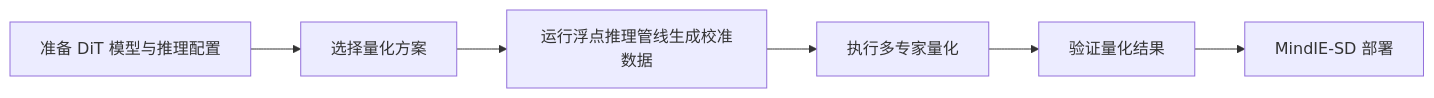
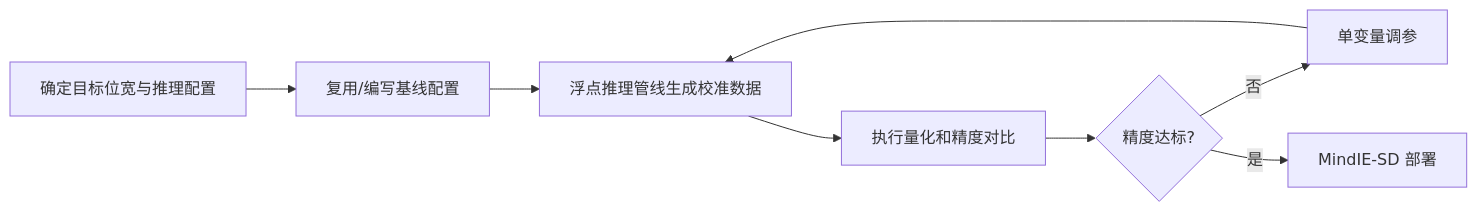
Before and after one commit to mindstudio-docs/master: the diagram in msmodelslim/docs/zh/knowledge_base/ptq/dit/usage_diffusion_transformer_quantization.md, drawn with Mermaid. The commit also changed other lines of this file and 107 other files, not shown here.

````diff
--- a/msmodelslim/docs/zh/knowledge_base/ptq/dit/usage_diffusion_transformer_quantization.md
+++ b/msmodelslim/docs/zh/knowledge_base/ptq/dit/usage_diffusion_transformer_quantization.md
@@ -39,8 +28,10 @@
 ```mermaid
 flowchart LR
-  A[准备 DiT 模型与推理配置] --> B[选择量化方案]
-  B --> C[运行浮点推理管线生成校准数据]
-  C --> D[执行多专家量化]
-  D --> E[验证量化结果]
-  E --> F[MindIE-SD 部署]
+    A[确定目标位宽与推理配置] --> B[复用/编写基线配置]
+    B --> C[浮点推理管线生成校准数据]
+    C --> D[执行量化和精度对比]
+    D --> E{精度达标?}
+    E -- 否 --> F[单变量调参]
+    F --> C
+    E -- 是 --> G[MindIE-SD 部署]
 ```
````
